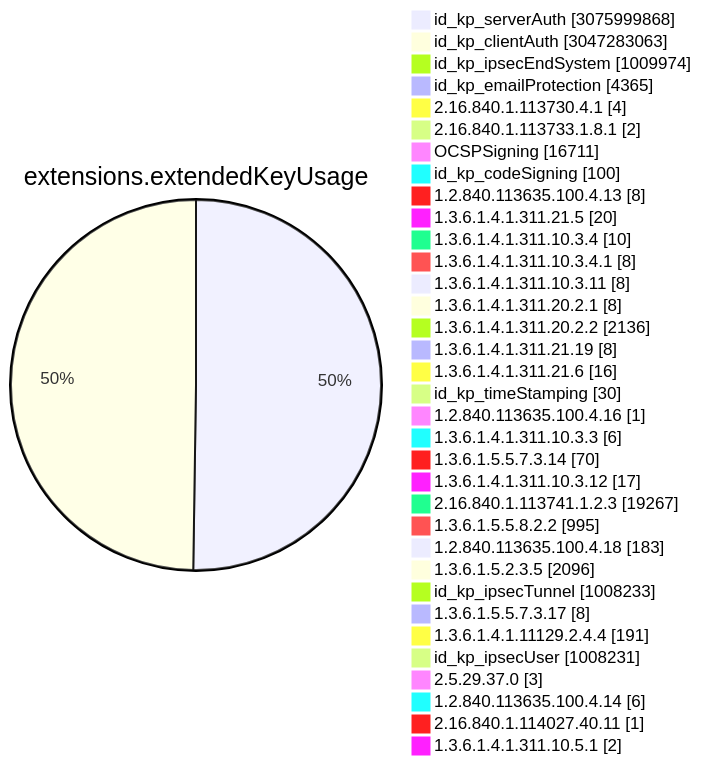
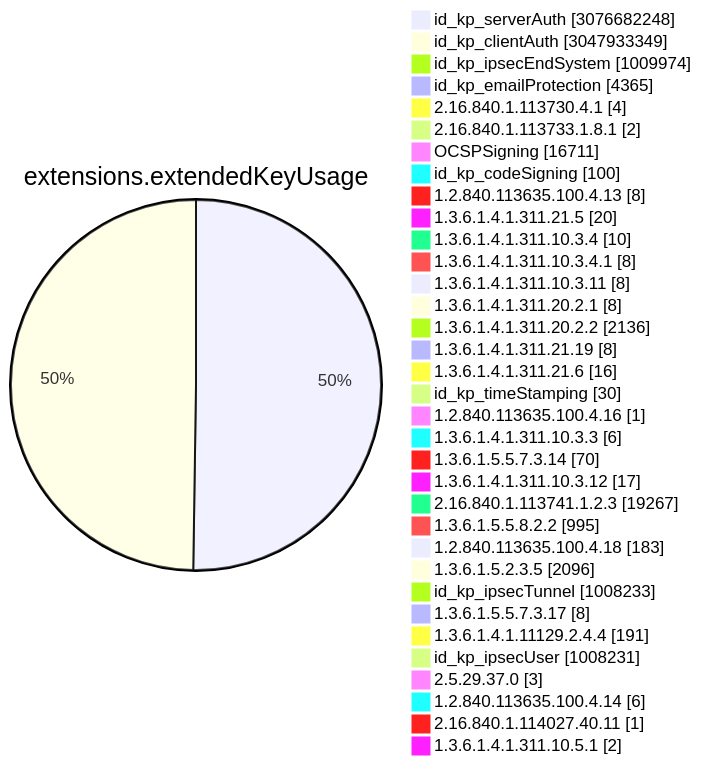
Diagram 11 of 15 in TOTAL/README.md (christiankrug/ctmonitor_visualization), drawn with Mermaid before and after one commit. The commit also changed other lines of this file, not shown here.

````diff
--- a/TOTAL/README.md
+++ b/TOTAL/README.md
@@ -4117,38 +4117,38 @@
 ```mermaid
 pie showData
 title extensions.extendedKeyUsage
-"id_kp_serverAuth" :3075999868
-"id_kp_clientAuth" :3047283063
+"id_kp_serverAuth" :3076682248
+"id_kp_clientAuth" :3047933349
 "id_kp_ipsecEndSystem" :1009974
 "id_kp_emailProtection" :4365
 "2.16.840.1.113730.4.1" :4
 "2.16.840.1.113733.1.8.1" :2
 "OCSPSigning" :16711
 "id_kp_codeSigning" :100
 "1.2.840.113635.100.4.13" :8
 "1.3.6.1.4.1.311.21.5" :20
 "1.3.6.1.4.1.311.10.3.4" :10
 "1.3.6.1.4.1.311.10.3.4.1" :8
 "1.3.6.1.4.1.311.10.3.11" :8
 "1.3.6.1.4.1.311.20.2.1" :8
 "1.3.6.1.4.1.311.20.2.2" :2136
 "1.3.6.1.4.1.311.21.19" :8
 "1.3.6.1.4.1.311.21.6" :16
 "id_kp_timeStamping" :30
 "1.2.840.113635.100.4.16" :1
 "1.3.6.1.4.1.311.10.3.3" :6
 "1.3.6.1.5.5.7.3.14" :70
 "1.3.6.1.4.1.311.10.3.12" :17
 "2.16.840.1.113741.1.2.3" :19267
 "1.3.6.1.5.5.8.2.2" :995
 "1.2.840.113635.100.4.18" :183
 "1.3.6.1.5.2.3.5" :2096
 "id_kp_ipsecTunnel" :1008233
 "1.3.6.1.5.5.7.3.17" :8
 "1.3.6.1.4.1.11129.2.4.4" :191
 "id_kp_ipsecUser" :1008231
 "2.5.29.37.0" :3
 "1.2.840.113635.100.4.14" :6
 "2.16.840.1.114027.40.11" :1
 "1.3.6.1.4.1.311.10.5.1" :2
 ```
````
